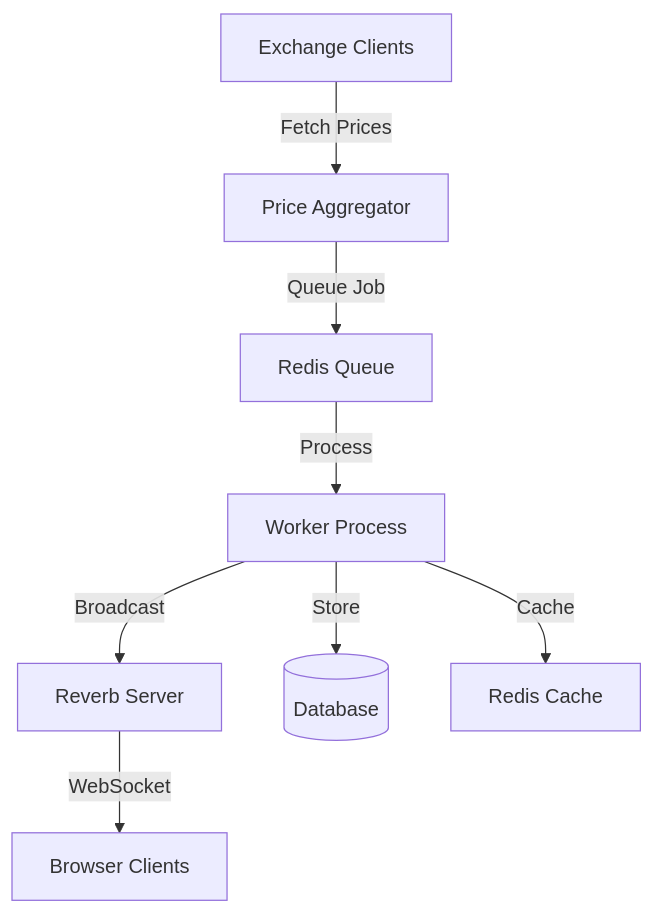
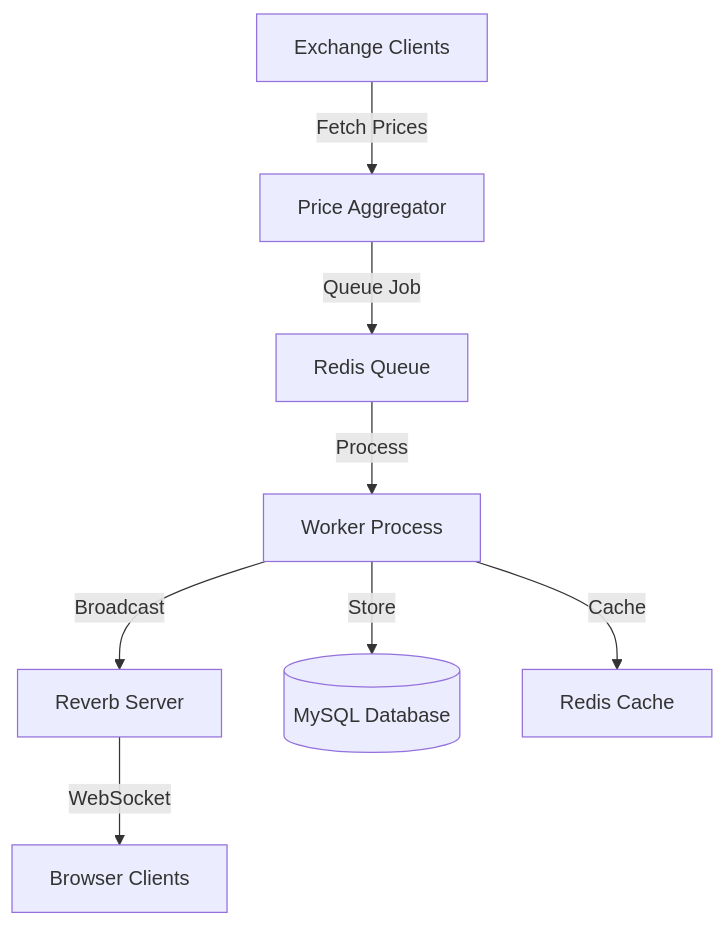
One commit to soles21/crypto_price_tracker changed the diagram in README.md. Above: the diagram before and after it, drawn with Mermaid. The commit also changed other lines of this file, not shown here.

````diff
--- a/README.md
+++ b/README.md
@@ -249,10 +302,10 @@
 ```mermaid
 graph TD
     A[Exchange Clients] -->|Fetch Prices| B[Price Aggregator]
     B -->|Queue Job| C[Redis Queue]
     C -->|Process| D[Worker Process]
     D -->|Broadcast| E[Reverb Server]
     E -->|WebSocket| F[Browser Clients]
-    D -->|Store| G[(Database)]
+    D -->|Store| G[(MySQL Database)]
     D -->|Cache| H[Redis Cache]
 ```
````
